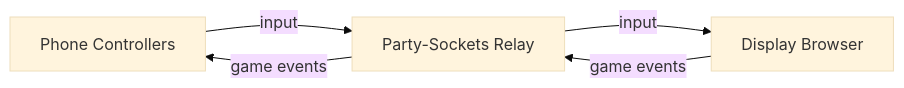
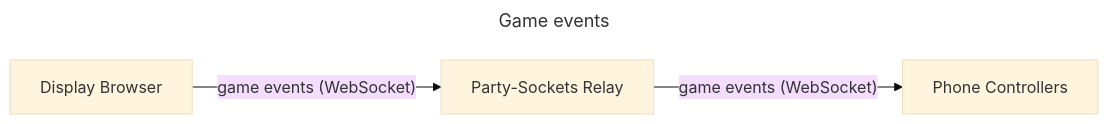
The first of 2 diagrams in README.md (tim4724/HexStacker-Party), drawn with Mermaid (base theme) before and after one commit. The commit also changed other lines of this file and 1 other file, not shown here.

First line of the commit message:
docs: document WebRTC P2P connection and fix architecture diagrams

````diff
--- a/README.md
+++ b/README.md
@@ -17,7 +17,8 @@
 ```mermaid
+---
+title: Game events
+---
 graph LR
-    P[Phone Controllers] -- input --> R[Party-Sockets Relay]
-    R -- input --> D[Display Browser]
-    D -- game events --> R
-    R -- game events --> P
+    D[Display Browser] -- "game events (WebSocket)" --> R[Party-Sockets Relay]
+    R -- "game events (WebSocket)" --> P[Phone Controllers]
 ```
````
